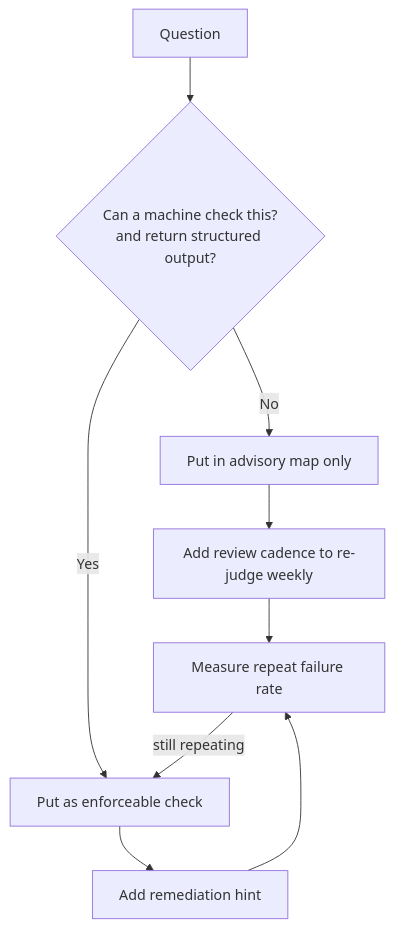
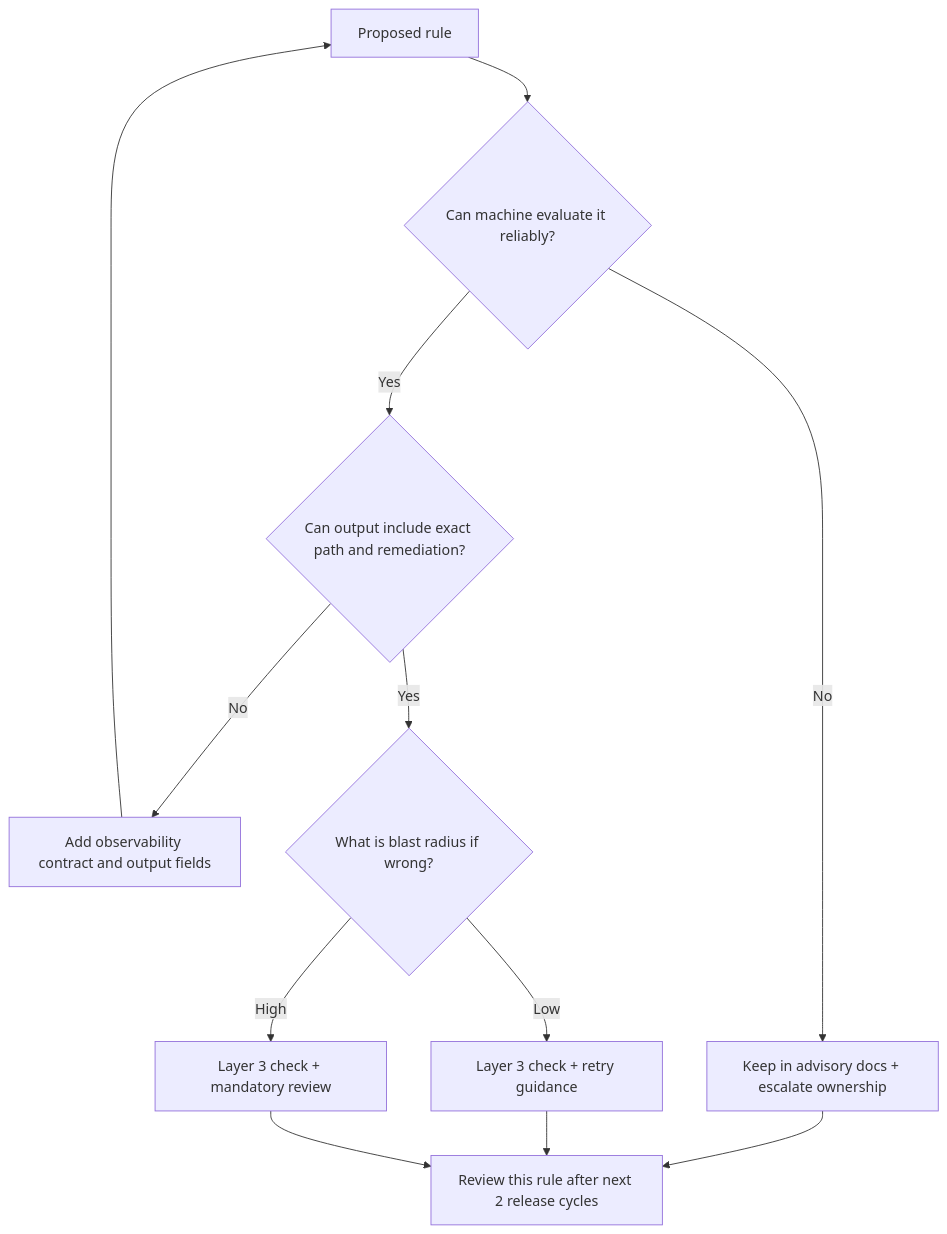
The diagram in src/content/docs/ai/ai-native-work/module-2.1-harness-engineering.md (krisztiankoos/kubedojo), drawn with Mermaid before and after one commit. The commit also changed other lines of this file, not shown here.

````diff
--- a/src/content/docs/ai/ai-native-work/module-2.1-harness-engineering.md
+++ b/src/content/docs/ai/ai-native-work/module-2.1-harness-engineering.md
@@ -281,12 +359,14 @@
 ```mermaid
-flowchart TB
-  Q[Question] --> R{Can a machine check this?
-and return structured output?}
-  R -->|No| A[Put in advisory map only]
-  R -->|Yes| E[Put as enforceable check]
-  E --> S[Add remediation hint]
-  A --> T[Add review cadence to re-judge weekly]
-  S --> U[Measure repeat failure rate]
-  T --> U
-  U -->|still repeating| E
+flowchart TD
+  Q[Proposed rule] --> M{Can machine evaluate it reliably?}
+  M -->|No| A[Keep in advisory docs + escalate ownership]
+  M -->|Yes| O{Can output include exact path and remediation?}
+  O -->|No| B[Add observability contract and output fields]
+  O -->|Yes| R{What is blast radius if wrong?}
+  R -->|Low| S[Layer 3 check + retry guidance]
+  R -->|High| E[Layer 3 check + mandatory review]
+  A --> U[Review this rule after next 2 release cycles]
+  B --> Q
+  S --> U
+  E --> U
 ```
````
